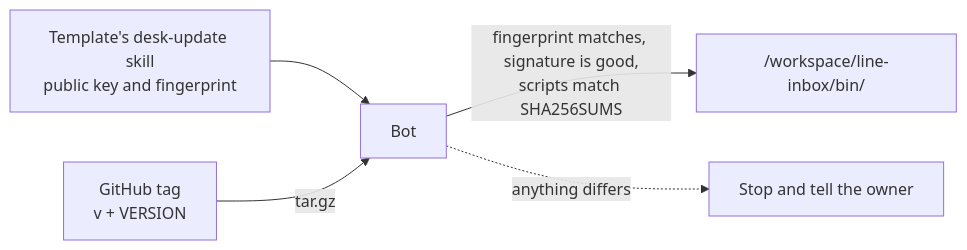
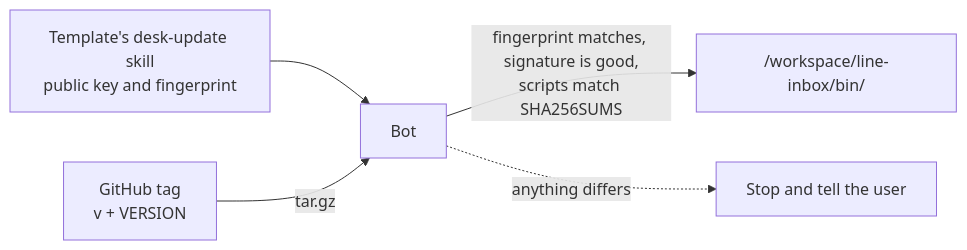
One commit to keesmark/grok-bot-line-desk changed the diagram in README.en.md. Above: the diagram before and after it, drawn with Mermaid. The commit also changed other lines of this file and 18 other files, not shown here.

First line of the commit message:
v0.1.1: rewrite the bot's core prompt, wording and reply flow

````diff
--- a/README.en.md
+++ b/README.en.md
@@ -26,7 +27,7 @@
 ```mermaid
 flowchart LR
   K[Template's desk-update skill<br>public key and fingerprint] --> B[Bot]
   R[GitHub tag<br>v + VERSION] -->|tar.gz| B
   B -->|fingerprint matches, signature is good,<br>scripts match SHA256SUMS| W["/workspace/line-inbox/bin/"]
-  B -.->|anything differs| S[Stop and tell the owner]
+  B -.->|anything differs| S[Stop and tell the user]
 ```
````
